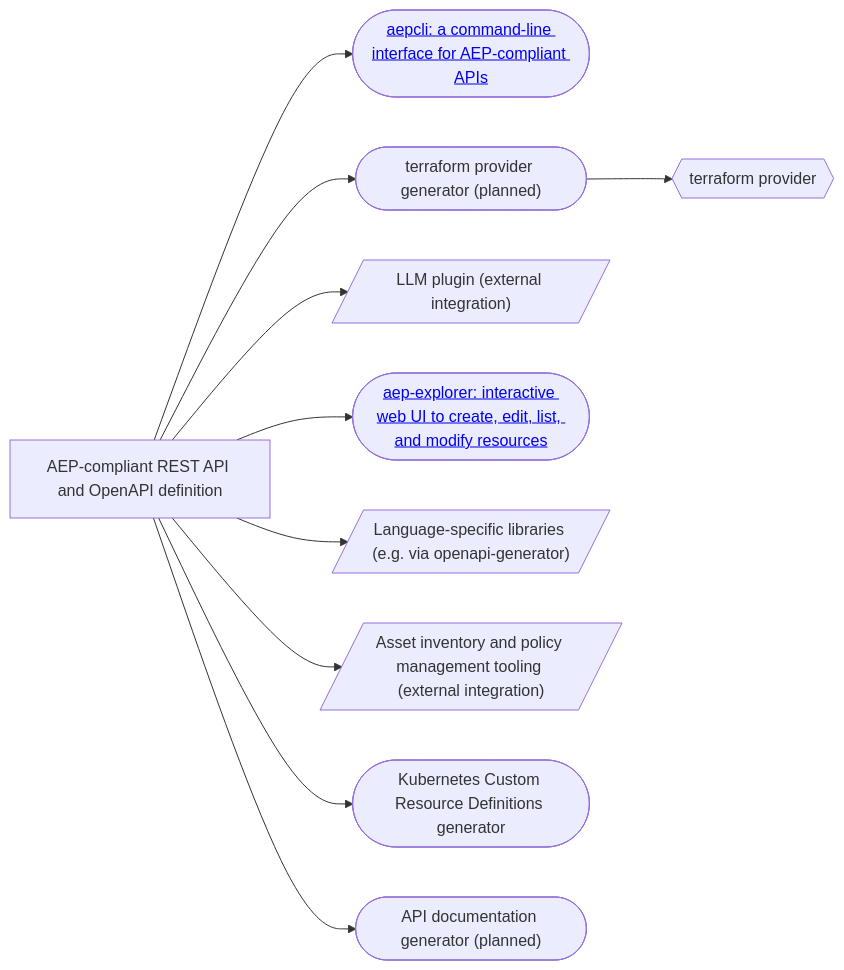
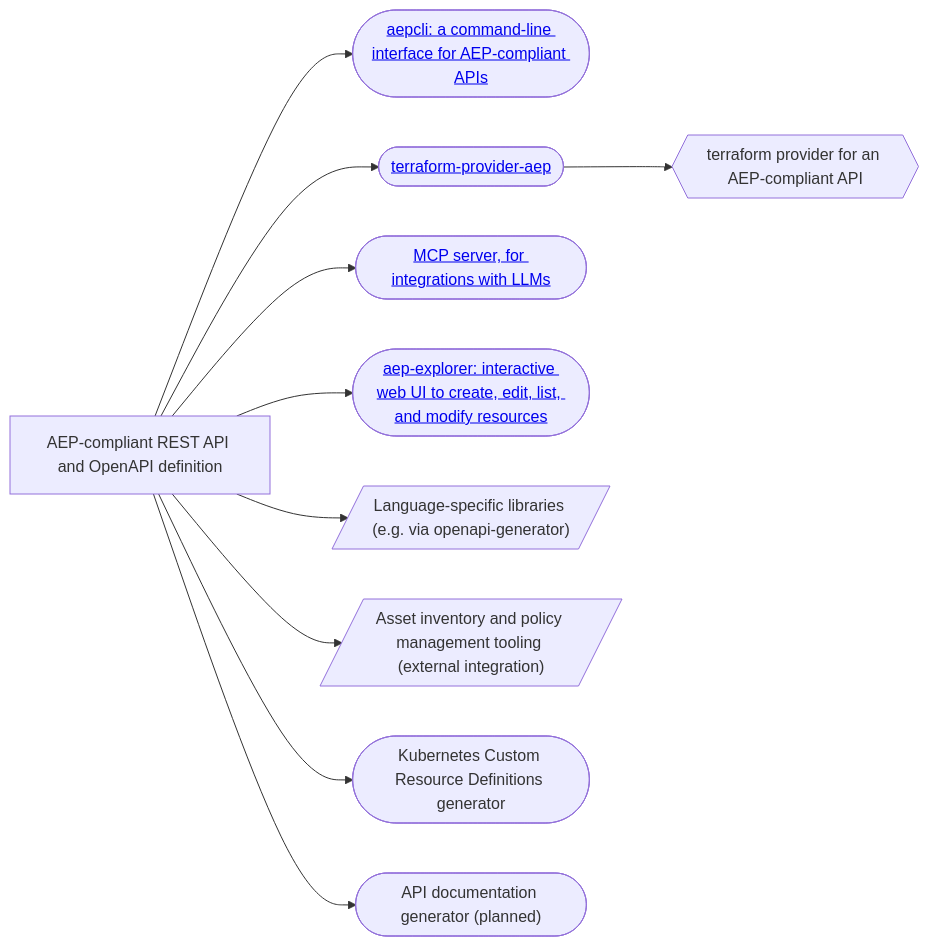
Before and after one commit to toumorokoshi/aeps: the third of 3 diagrams in pages/general/tooling-and-ecosystem.md, drawn with Mermaid.

Commit message:
chore(tooling): update tooling diagram (#296)
A few more tools were added in the past couple of months,
adding them to the tooling diagram.

````diff
--- a/pages/general/tooling-and-ecosystem.md
+++ b/pages/general/tooling-and-ecosystem.md
@@ -42,13 +42,13 @@
 ```mermaid
 flowchart LR
     http["AEP-compliant REST API and OpenAPI definition"]
     http --> cli([<a href="https://github.com/aep-dev/aepcli">aepcli: a command-line interface for AEP-compliant APIs</a>])
-    http --> terraform_generator(["terraform provider generator (planned)"])
-    terraform_generator --> terraform{{"terraform provider"}}
-    http --> llm[/"LLM plugin (external integration)"/]
-    http --> ui([<a href="https://github.com/aep-dev/aep-explorer">aep-explorer: interactive web UI to create, edit, list, and modify resources])
+    http --> terraform_generator([<a href="https://github.com/aep-dev/terraform-provider-aep">terraform-provider-aep</a>])
+    terraform_generator --> terraform{{"terraform provider for an AEP-compliant API"}}
+    http --> mcp([<a href="https://github.com/aep-dev/aep-mcp-server">MCP server, for integrations with LLMs</a>])
+    http --> ui([<a href="https://github.com/aep-dev/aep-explorer">aep-explorer: interactive web UI to create, edit, list, and modify resources</a>])
     http --> sdks[/"Language-specific libraries (e.g. via openapi-generator)"/]
     http --> asset_inventory[/"Asset inventory and policy management tooling (external integration)"/]
     http --> crd_generator(["Kubernetes Custom Resource Definitions generator"])
     http --> docs(["API documentation generator (planned)"])
 ```
````
